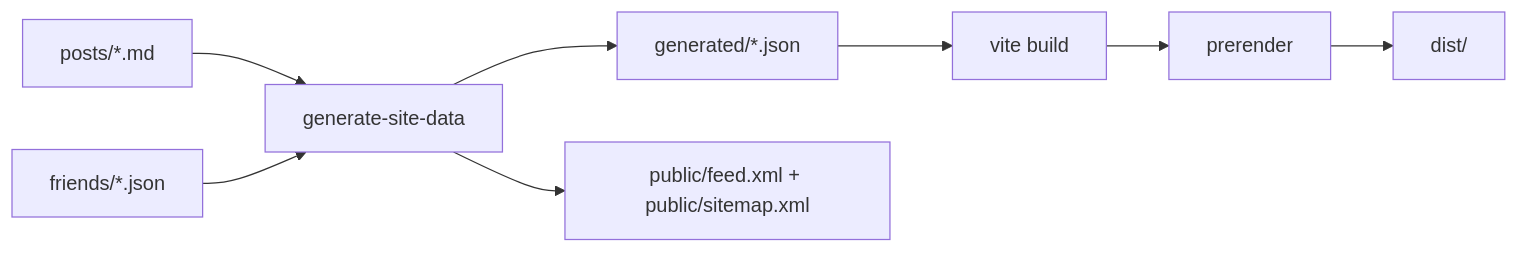
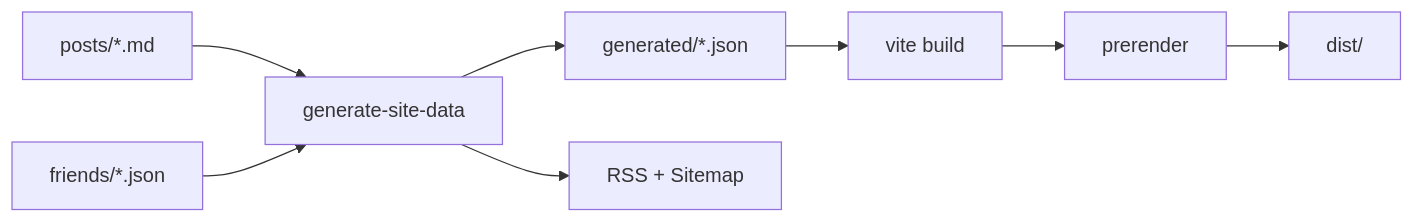
The diagram in README.md (ououduck/D-blog), drawn with Mermaid before and after one commit. The commit also changed other lines of this file and 15 other files, not shown here.

````diff
--- a/README.md
+++ b/README.md
@@ -258,10 +285,10 @@
 ```mermaid
 graph LR
   A[posts/*.md] --> B[generate-site-data]
   C[friends/*.json] --> B
   B --> D[generated/*.json]
-  B --> E[public/feed.xml + public/sitemap.xml]
+  B --> E[RSS + Sitemap]
   D --> F[vite build]
   F --> G[prerender]
   G --> H[dist/]
 ```
````
